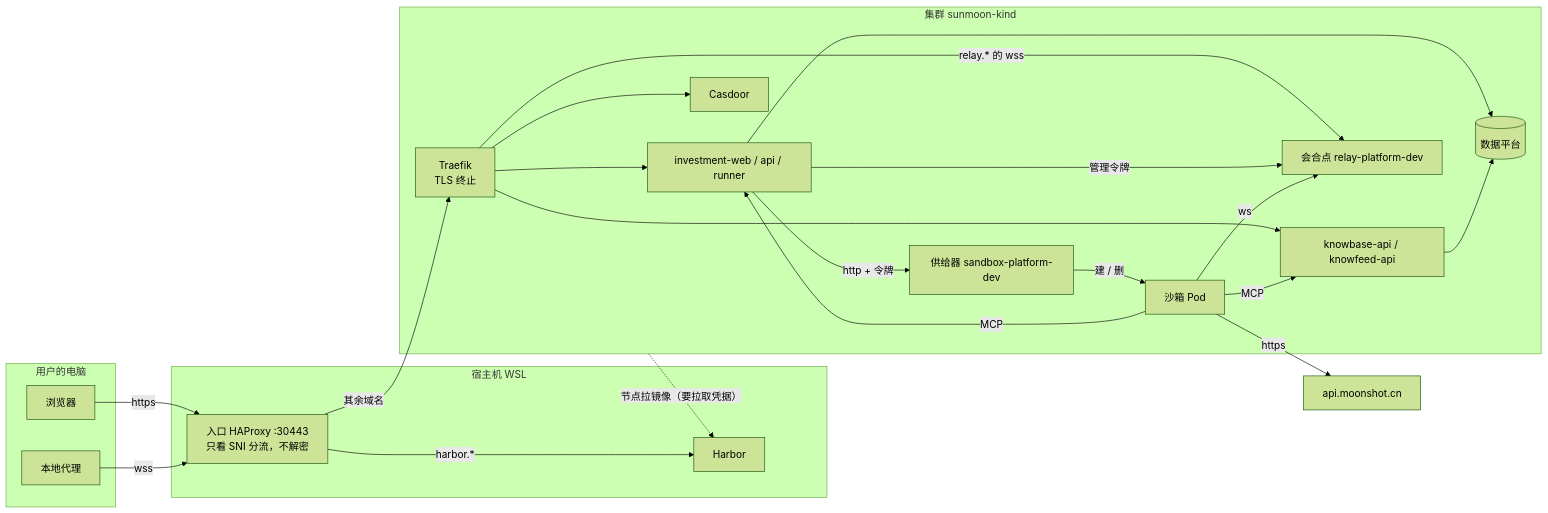
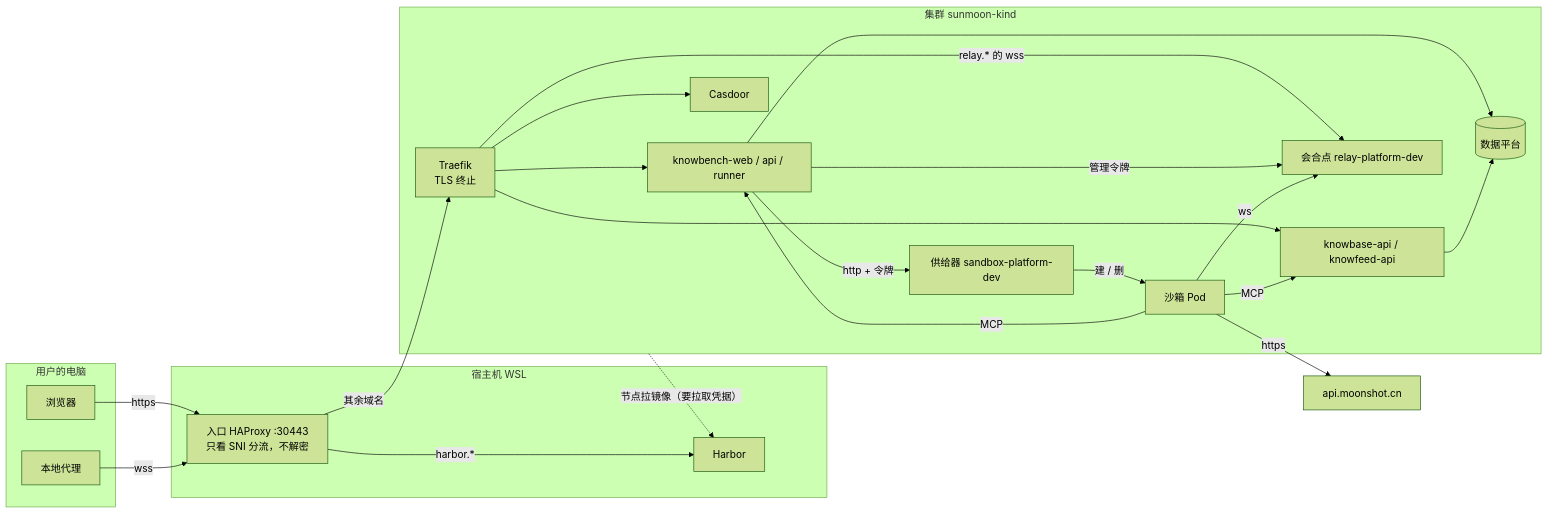
One commit to sunmoonlion/k8s changed the second of 2 diagrams in docs/拓扑.md. Above: the diagram before and after it, drawn with Mermaid (forest theme). The commit also changed other lines of this file and 213 other files, not shown here.

First line of the commit message:
rename（0028 R1）：investment → knowbench、runtime 仓 → sunmoon-link

````diff
--- a/docs/拓扑.md
+++ b/docs/拓扑.md
@@ -61,37 +61,37 @@
 ```mermaid
 flowchart LR
   subgraph PC[用户的电脑]
     B[浏览器]
     A[本地代理]
   end
   subgraph HOST[宿主机 WSL]
     E[入口 HAProxy :30443<br/>只看 SNI 分流，不解密]
     H[Harbor]
   end
   subgraph K8S[集群 sunmoon-kind]
     T[Traefik<br/>TLS 终止]
-    W[investment-web / api / runner]
+    W[knowbench-web / api / runner]
     C[Casdoor]
     KA[knowbase-api / knowfeed-api]
     RL[会合点 relay-platform-dev]
     P[供给器 sandbox-platform-dev]
     S[沙箱 Pod]
     D[(数据平台)]
   end
   M[api.moonshot.cn]
 
   B -- https --> E
   A -- wss --> E
   E -- harbor.* --> H
   E -- 其余域名 --> T
   T --> W & C & KA
   T -- "relay.* 的 wss" --> RL
   W -- 管理令牌 --> RL
   S -- ws --> RL
   W -- http + 令牌 --> P
   P -- 建 / 删 --> S
   S -- MCP --> W & KA
   S -- https --> M
   W & KA --> D
   K8S -. 节点拉镜像（要拉取凭据） .-> H
 ```
````
